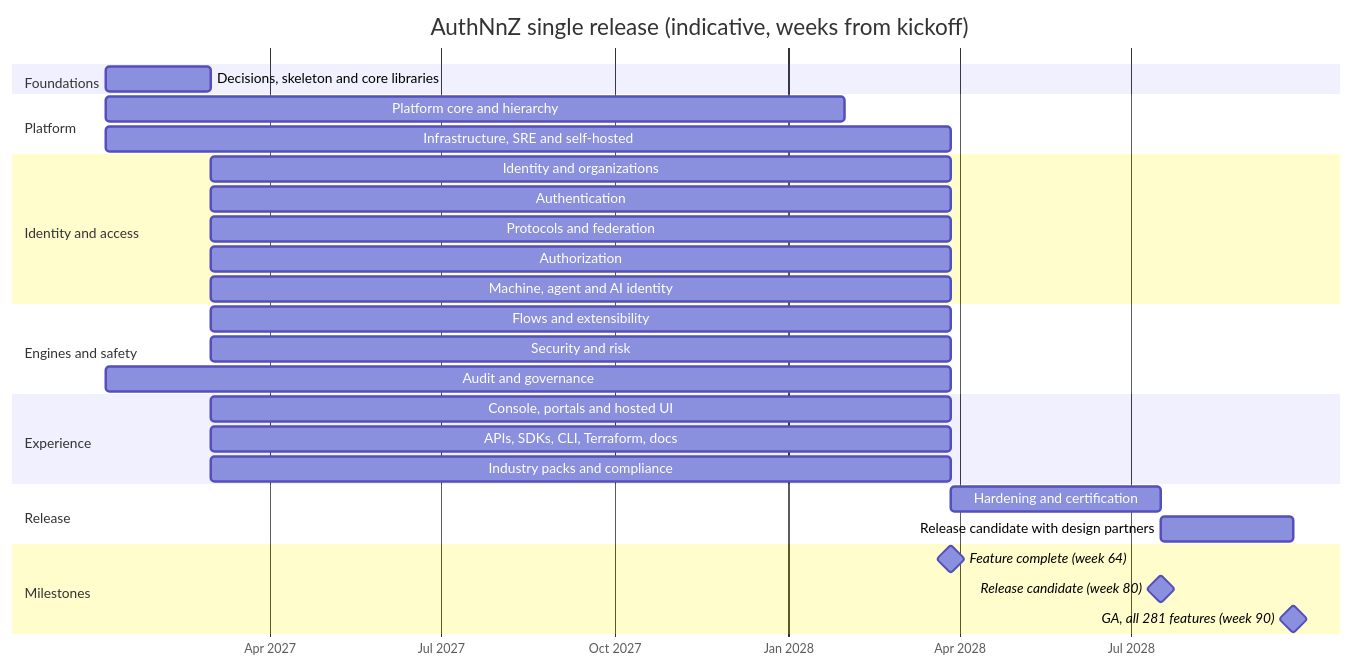
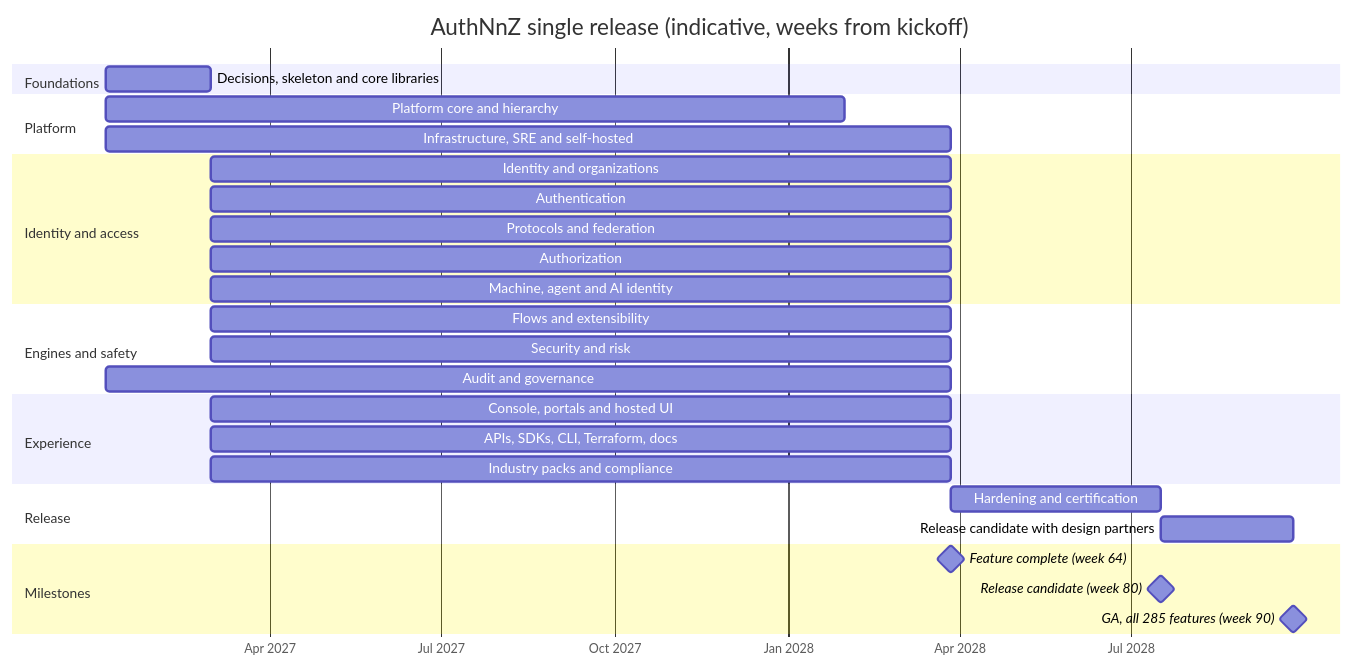
Before and after one commit to antonyrejith/AuthNnZ: the diagram in docs/plan/05-roadmap-and-delivery.md, drawn with Mermaid. The commit also changed other lines of this file and 6 other files, not shown here.

````diff
--- a/docs/plan/05-roadmap-and-delivery.md
+++ b/docs/plan/05-roadmap-and-delivery.md
@@ -37,32 +37,32 @@
 ```mermaid
 gantt
     title AuthNnZ single release (indicative, weeks from kickoff)
     dateFormat YYYY-MM-DD
     axisFormat %b %Y
     section Foundations
     Decisions, skeleton and core libraries :f, 2027-01-04, 8w
     section Platform
     Platform core and hierarchy          :2027-01-04, 56w
     Infrastructure, SRE and self-hosted  :2027-01-04, 64w
     section Identity and access
     Identity and organizations           :2027-03-01, 56w
     Authentication                       :2027-03-01, 56w
     Protocols and federation             :2027-03-01, 56w
     Authorization                        :2027-03-01, 56w
     Machine, agent and AI identity       :2027-03-01, 56w
     section Engines and safety
     Flows and extensibility              :2027-03-01, 56w
     Security and risk                    :2027-03-01, 56w
     Audit and governance                 :2027-01-04, 64w
     section Experience
     Console, portals and hosted UI       :2027-03-01, 56w
     APIs, SDKs, CLI, Terraform, docs     :2027-03-01, 56w
     Industry packs and compliance        :2027-03-01, 56w
     section Release
     Hardening and certification          :h, 2028-03-27, 16w
     Release candidate with design partners :rc, 2028-07-17, 10w
     section Milestones
     Feature complete (week 64)           :milestone, 2028-03-27, 0d
     Release candidate (week 80)          :milestone, 2028-07-17, 0d
-    GA, all 281 features (week 90)       :milestone, 2028-09-25, 0d
+    GA, all 285 features (week 90)       :milestone, 2028-09-25, 0d
 ```
````
